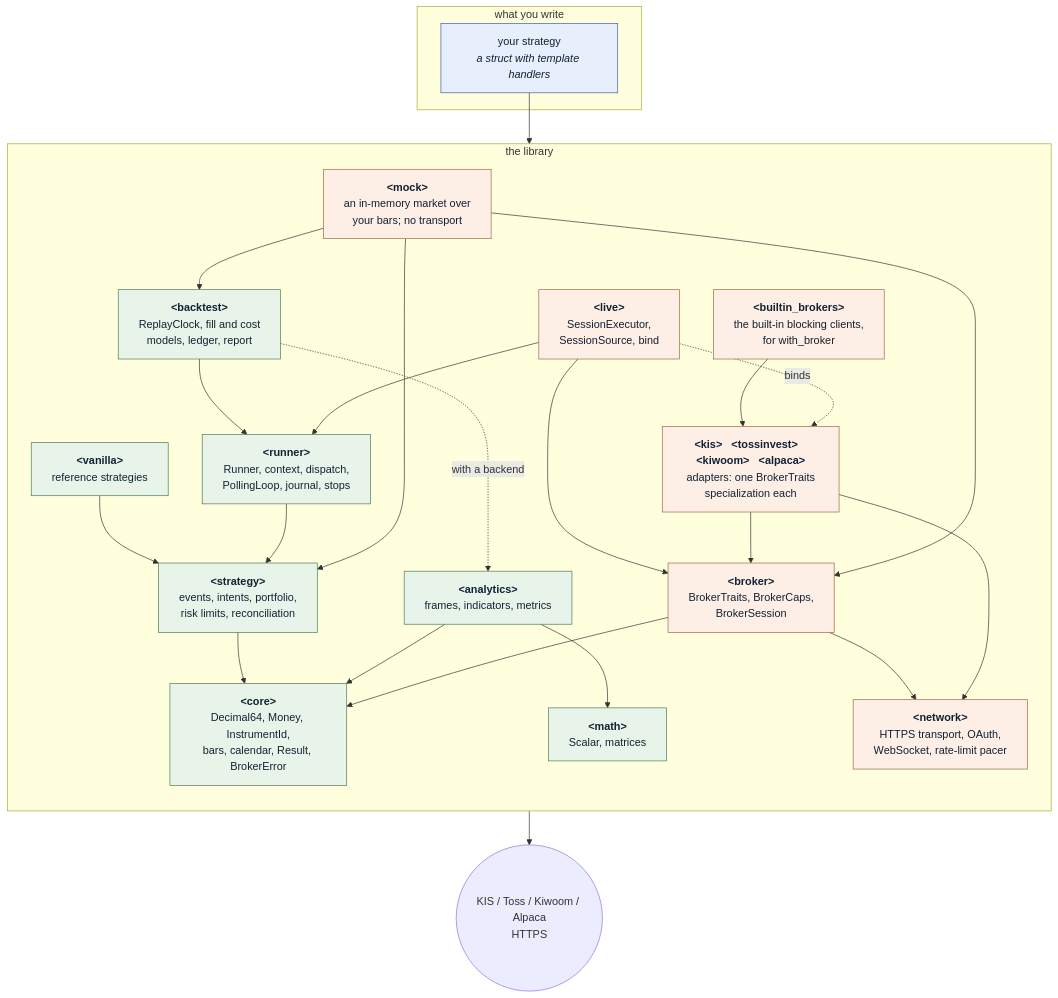
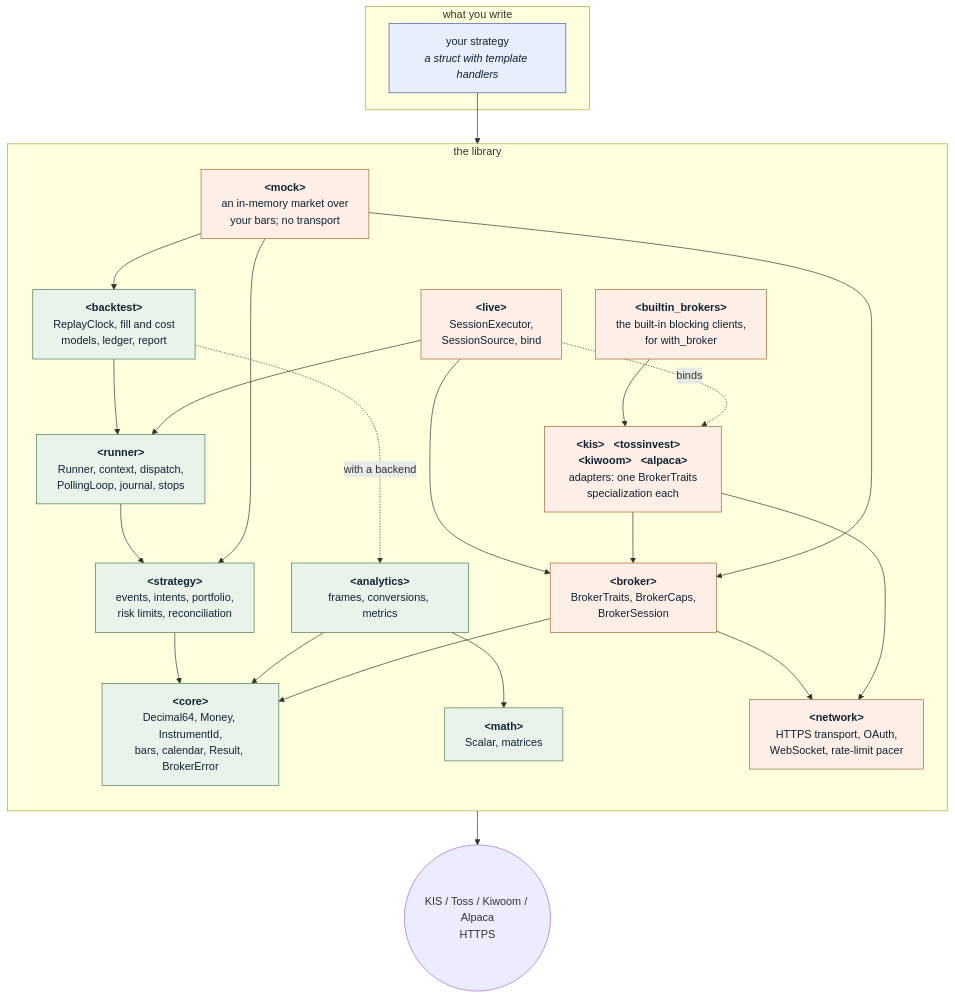
Before and after one commit to algotradelib/algotradelib: the first of 5 diagrams in doxygen/vignettes/architecture.md, drawn with Mermaid. The commit also changed other lines of this file and 9 other files, not shown here.

Commit message:
docs: describe the library without vanilla, the indicators or the scaffold

````diff
--- a/doxygen/vignettes/architecture.md
+++ b/doxygen/vignettes/architecture.md
@@ -14,53 +14,51 @@
 ```mermaid
 graph TD
   subgraph W["what you write"]
     S["your strategy<br/><i>a struct with template handlers</i>"]
   end
 
   subgraph L["the library"]
     direction TB
-    V["<b>&lt;vanilla&gt;</b><br/>reference strategies"]
     ST["<b>&lt;strategy&gt;</b><br/>events, intents, portfolio,<br/>risk limits, reconciliation"]
     RU["<b>&lt;runner&gt;</b><br/>Runner, context, dispatch,<br/>PollingLoop, journal, stops"]
     BT["<b>&lt;backtest&gt;</b><br/>ReplayClock, fill and cost<br/>models, ledger, report"]
     LV["<b>&lt;live&gt;</b><br/>SessionExecutor,<br/>SessionSource, bind"]
-    AN["<b>&lt;analytics&gt;</b><br/>frames, indicators, metrics"]
+    AN["<b>&lt;analytics&gt;</b><br/>frames, conversions, metrics"]
     MA["<b>&lt;math&gt;</b><br/>Scalar, matrices"]
     BR["<b>&lt;broker&gt;</b><br/>BrokerTraits, BrokerCaps,<br/>BrokerSession"]
     CO["<b>&lt;core&gt;</b><br/>Decimal64, Money, InstrumentId,<br/>bars, calendar, Result, BrokerError"]
     NW["<b>&lt;network&gt;</b><br/>HTTPS transport, OAuth,<br/>WebSocket, rate-limit pacer"]
     KT["<b>&lt;kis&gt;</b> &nbsp; <b>&lt;tossinvest&gt;</b> &nbsp; <b>&lt;kiwoom&gt;</b> &nbsp; <b>&lt;alpaca&gt;</b><br/>adapters: one BrokerTraits<br/>specialization each"]
     MK["<b>&lt;mock&gt;</b><br/>an in-memory market over<br/>your bars; no transport"]
     BB["<b>&lt;builtin_brokers&gt;</b><br/>the built-in blocking clients,<br/>for with_broker"]
   end
 
   X(("KIS / Toss / Kiwoom / Alpaca<br/>HTTPS"))
 
   S --> ST
-  V --> ST
   ST --> CO
   RU --> ST
   BT --> RU
   BT -. "with a backend" .-> AN
   LV --> RU
   LV --> BR
   AN --> MA
   AN --> CO
   BR --> CO
   BR --> NW
   KT --> BR
   KT --> NW
   MK --> BR
   MK --> BT
   MK --> ST
   BB --> KT
   LV -.binds.-> KT
   NW --> X
 
   classDef pure fill:#e8f4ea,stroke:#4a7a55,color:#123
   classDef io fill:#fdeee6,stroke:#a4663c,color:#123
   classDef you fill:#e7eefc,stroke:#3f5f9e,color:#123
   class S you
-  class V,ST,RU,BT,AN,MA,CO pure
+  class ST,RU,BT,AN,MA,CO pure
   class BR,NW,KT,LV,MK,BB io
 ```
````
